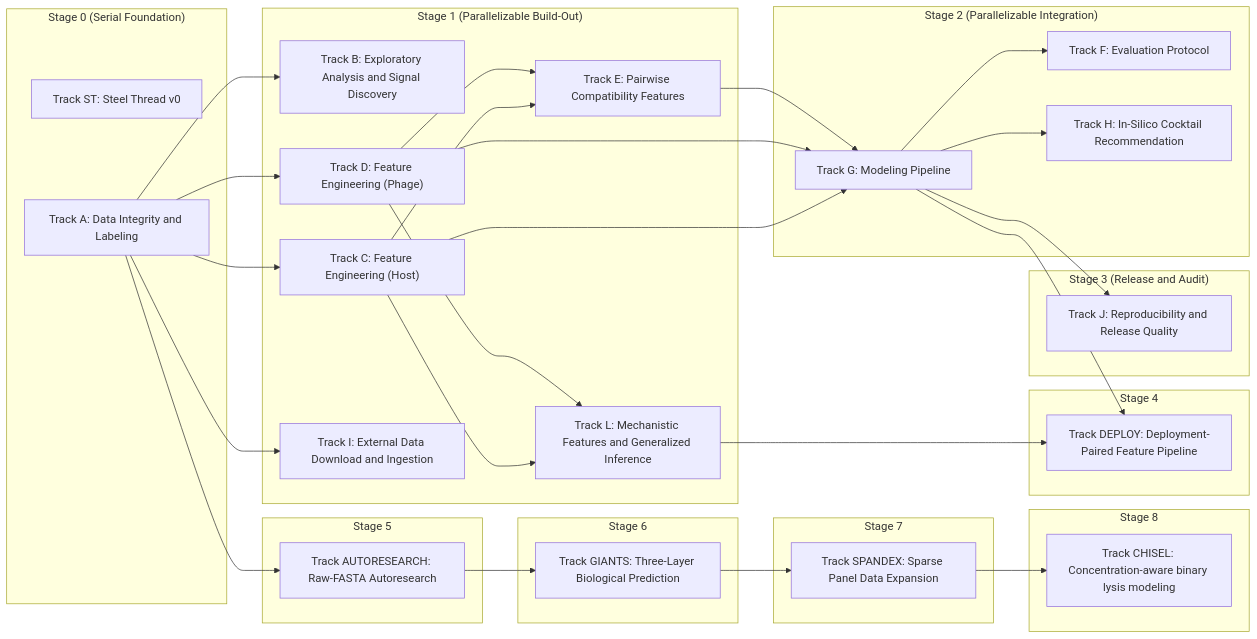
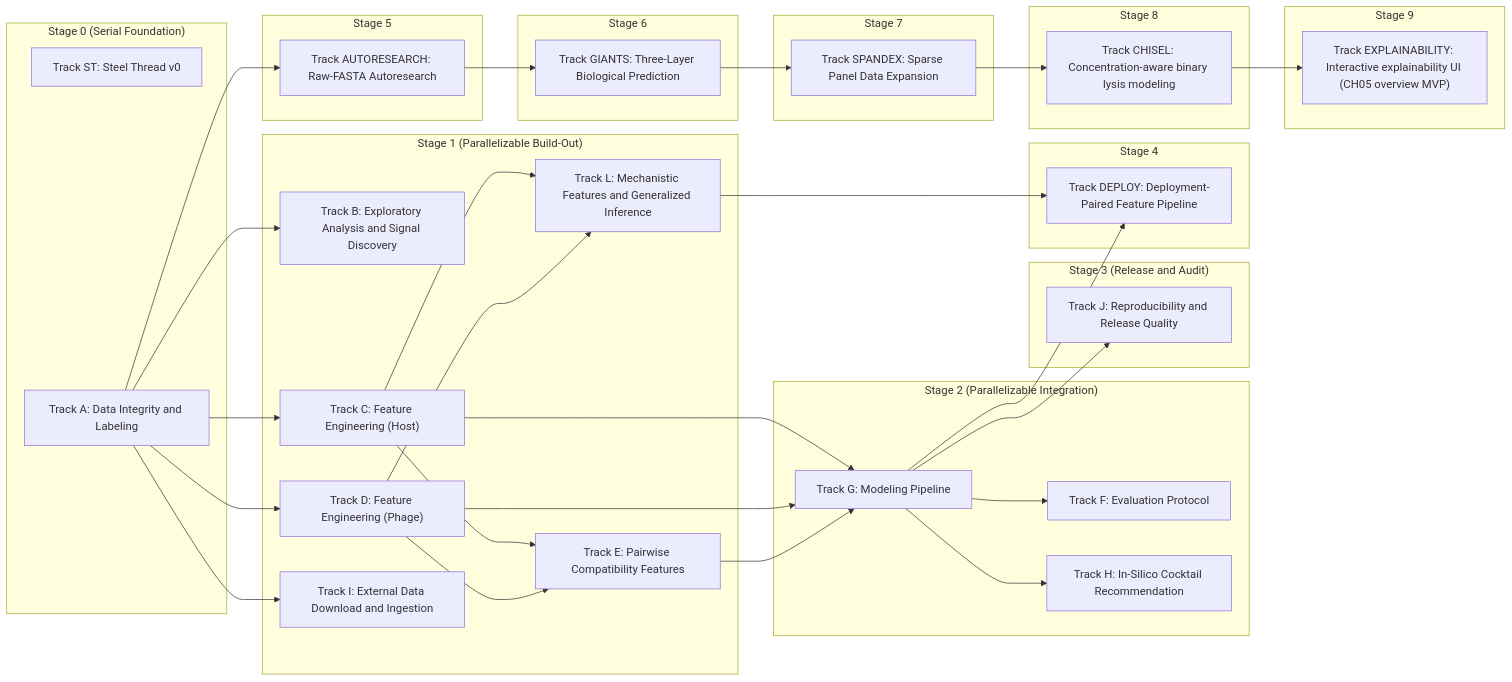
One commit to LyzorTx/coli_phage_interactions_2023 changed the diagram in lyzortx/research_notes/PLAN.md. Above: the diagram before and after it, drawn with Mermaid. The commit also changed other lines of this file and 1 other file, not shown here.

First line of the commit message:
Add EXPLAINABILITY track to plan.yml (EX01-EX04)

````diff
--- a/lyzortx/research_notes/PLAN.md
+++ b/lyzortx/research_notes/PLAN.md
@@ -7,67 +7,72 @@
 ```mermaid
 graph LR
   subgraph s0["Stage 0 (Serial Foundation)"]
     tst["Track ST: Steel Thread v0"]
     ta["Track A: Data Integrity and Labeling"]
   end
 
   subgraph s1["Stage 1 (Parallelizable Build-Out)"]
     tb["Track B: Exploratory Analysis and Signal Discovery"]
     tc["Track C: Feature Engineering (Host)"]
     td["Track D: Feature Engineering (Phage)"]
     te["Track E: Pairwise Compatibility Features"]
     ti["Track I: External Data Download and Ingestion"]
     tl["Track L: Mechanistic Features and Generalized Inference"]
   end
 
   subgraph s2["Stage 2 (Parallelizable Integration)"]
     tf["Track F: Evaluation Protocol"]
     tg["Track G: Modeling Pipeline"]
     th["Track H: In-Silico Cocktail Recommendation"]
   end
 
   subgraph s3["Stage 3 (Release and Audit)"]
     tj["Track J: Reproducibility and Release Quality"]
   end
 
   subgraph s4["Stage 4"]
     tdeploy["Track DEPLOY: Deployment-Paired Feature Pipeline"]
   end
 
   subgraph s5["Stage 5"]
     tautoresearch["Track AUTORESEARCH: Raw-FASTA Autoresearch"]
   end
 
   subgraph s6["Stage 6"]
     tgiants["Track GIANTS: Three-Layer Biological Prediction"]
   end
 
   subgraph s7["Stage 7"]
     tspandex["Track SPANDEX: Sparse Panel Data Expansion"]
   end
 
   subgraph s8["Stage 8"]
     tchisel["Track CHISEL: Concentration-aware binary lysis modeling"]
   end
 
+  subgraph s9["Stage 9"]
+    texplainability["Track EXPLAINABILITY: Interactive explainability UI (CH05 overview MVP)"]
+  end
+
   ta --> tb
   ta --> tc
   ta --> td
   tc --> te
   td --> te
   tg --> tf
   tc --> tg
   td --> tg
   te --> tg
   tg --> th
   ta --> ti
   tc --> tl
   td --> tl
   tg --> tj
   tl --> tdeploy
   tg --> tdeploy
   ta --> tautoresearch
   tautoresearch --> tgiants
   tgiants --> tspandex
   tspandex --> tchisel
+  tchisel --> texplainability
 ```
````
